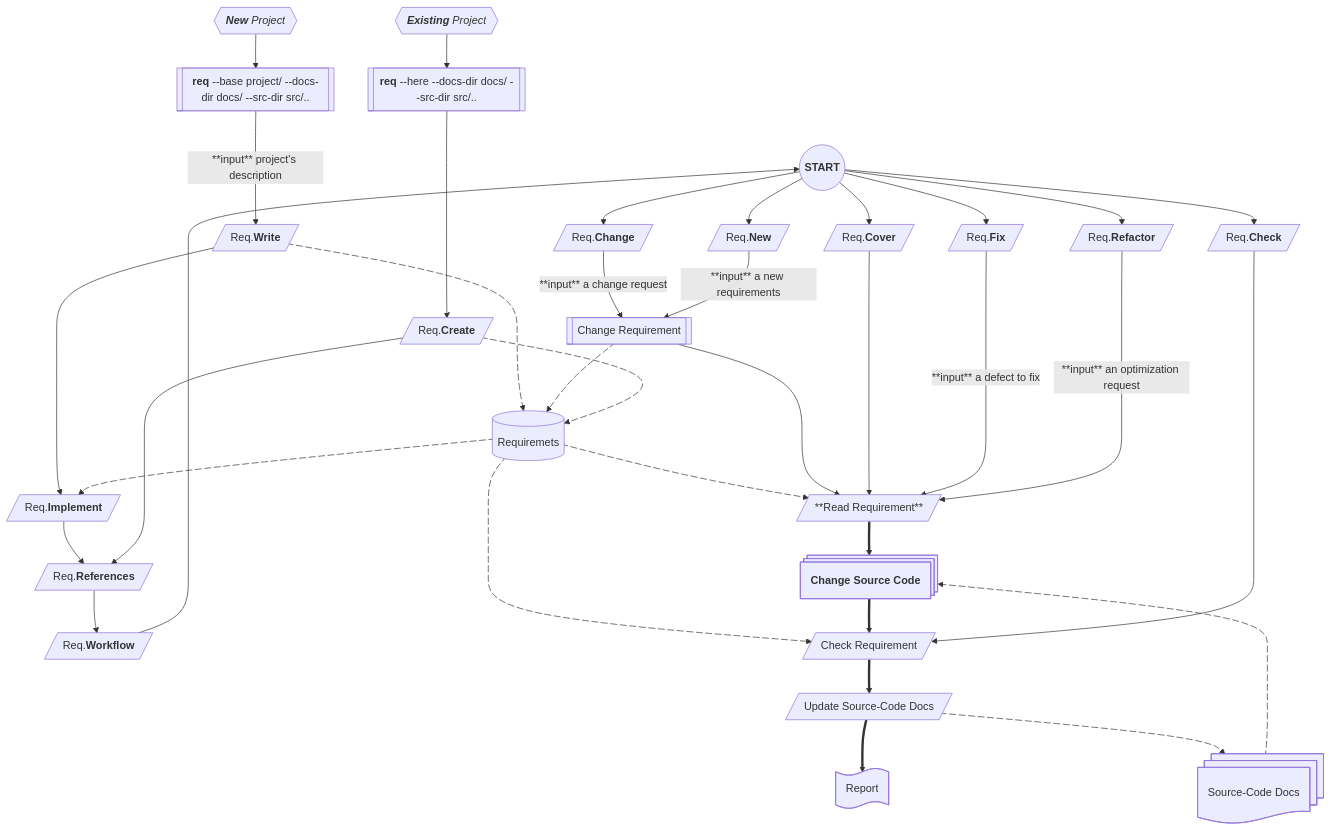
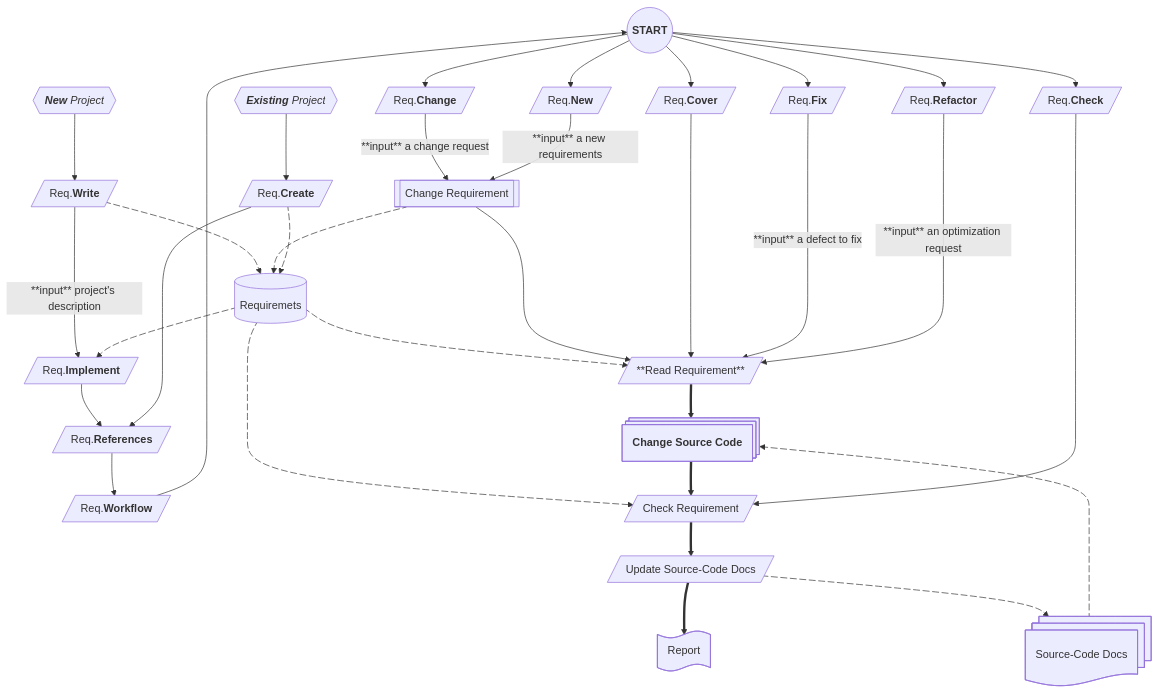
Before and after one commit to Ogekuri/PI-useReq: the diagram in images/flowchart.md, drawn with Mermaid. The commit also changed 4 other files, not shown here.

```diff
--- a/images/flowchart.md
+++ b/images/flowchart.md
@@ -11,8 +11,6 @@
     START@{ shape: circle, label: "**START**"}
     NP@{ shape: hex, label: "***New*** *Project*"}
     EP@{ shape: hex, label: "***Existing*** *Project*"}
-    CMDNP@{ shape: subproc, label: "**req** --base project/ --docs-dir docs/ --src-dir src/.." }
-    CMDEP@{ shape: subproc, label: "**req** --here --docs-dir docs/ --src-dir src/.." }
     REQ[(Requiremets)]
     CHANGE@{ shape: lean-r, label: "Req.**Change**"}
     CHECK@{ shape: lean-r, label: "Req.**Check**"}
@@ -35,16 +33,14 @@
     
 
     %% New Project
-    NP --> CMDNP
-    CMDNP -- **input** project's description ---> WRITE
-    WRITE ----> IMPLEMENT
+    NP --> WRITE
+    WRITE -- **input** project's description ---> IMPLEMENT
     IMPLEMENT --> REFERENCES
     REFERENCES --> WORKFLOW
     WORKFLOW --> START
 
     %% Existing Project
-    EP --> CMDEP
-    CMDEP ----> CREATE
+    EP --> CREATE
     CREATE --> REFERENCES
 
 
```
